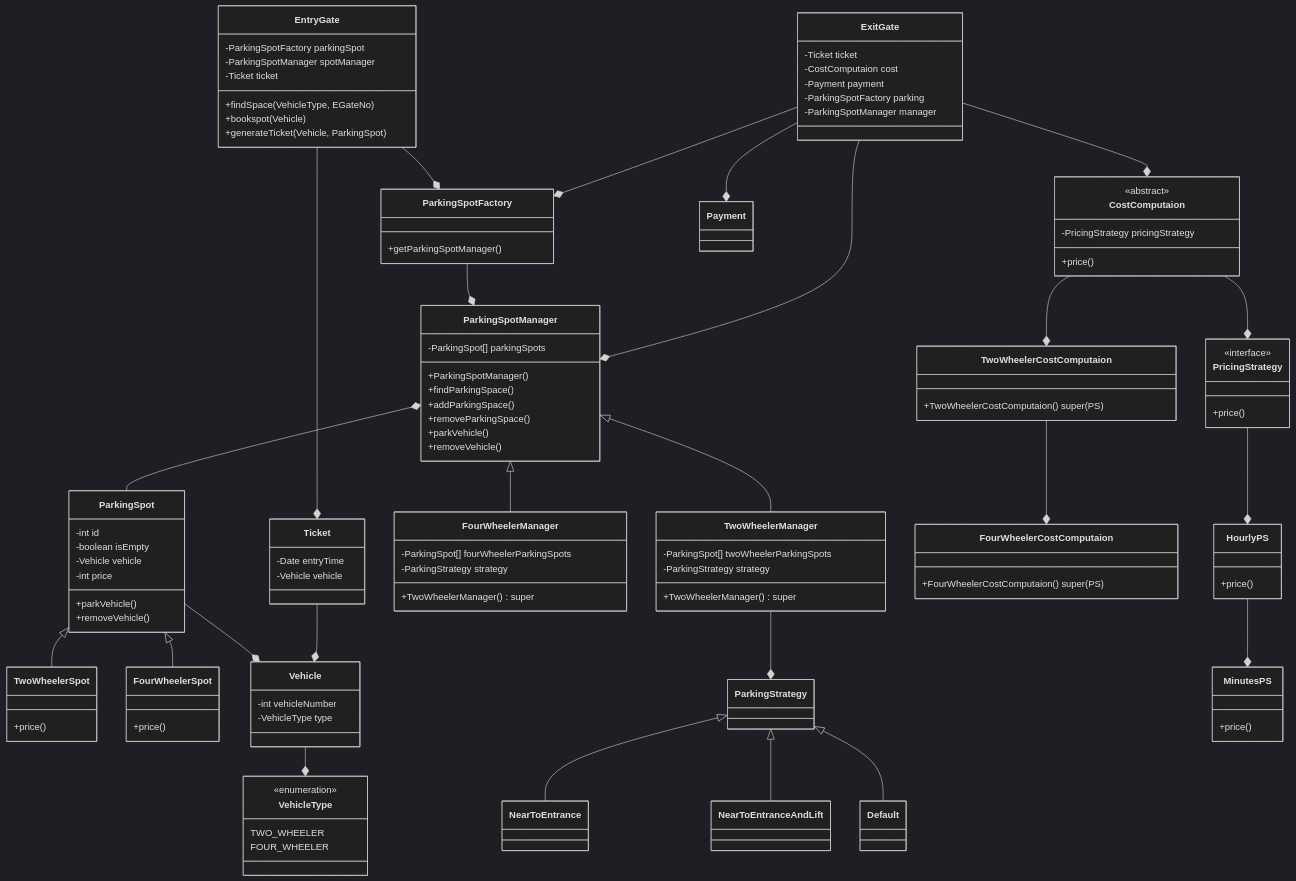
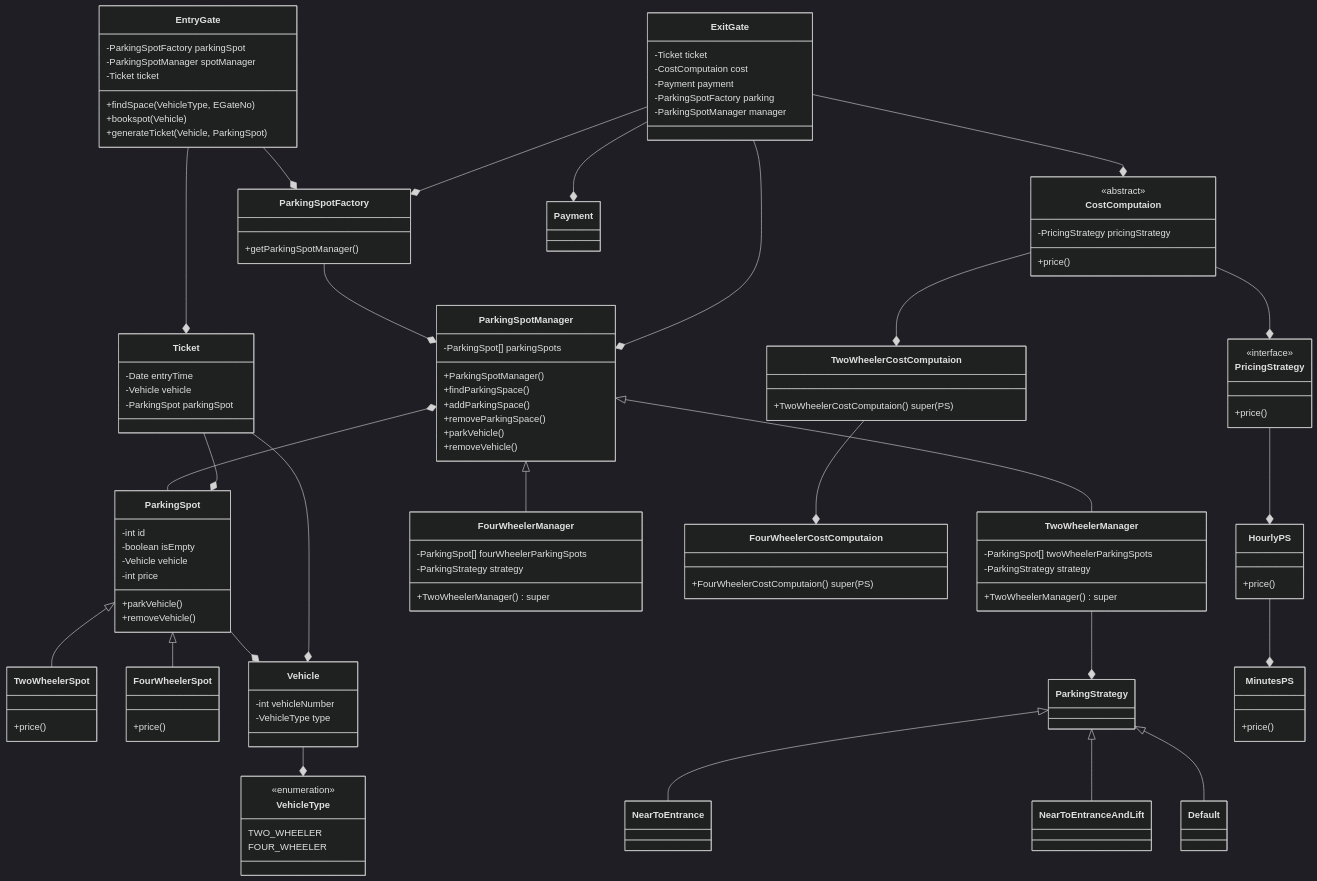
One commit to akashfit2max/low.level.design changed the diagram in src/main/java/com/akash/low/level/design/case_studies/ParkingLotLLD/parkinglot.md. Above: the diagram before and after it, drawn with Mermaid (dark theme). The commit also changed 33 other files, not shown here.

```diff
--- a/src/main/java/com/akash/low/level/design/case_studies/ParkingLotLLD/parkinglot.md
+++ b/src/main/java/com/akash/low/level/design/case_studies/ParkingLotLLD/parkinglot.md
@@ -76,8 +76,10 @@
     class Ticket {
         -Date entryTime
         -Vehicle vehicle
+        -ParkingSpot parkingSpot
     }
-
+    
+    Ticket --* ParkingSpot
     Ticket --* Vehicle
 
     class EntryGate {
```
